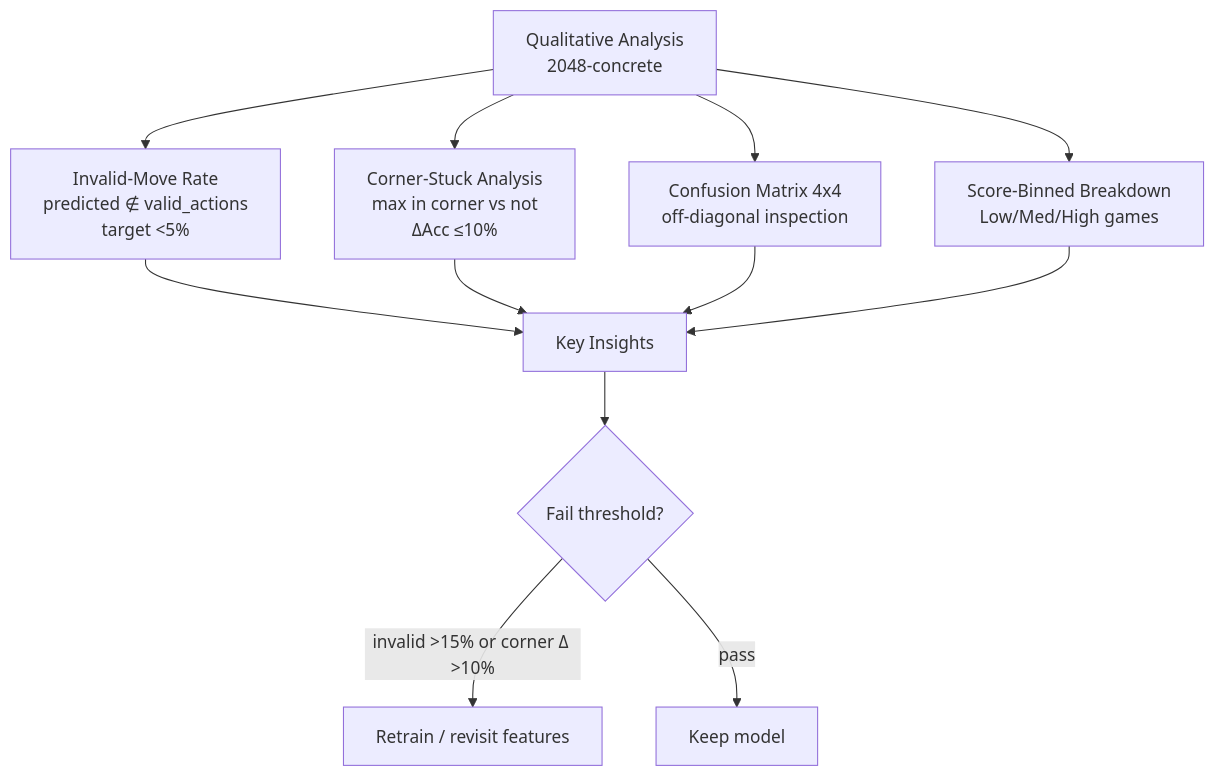
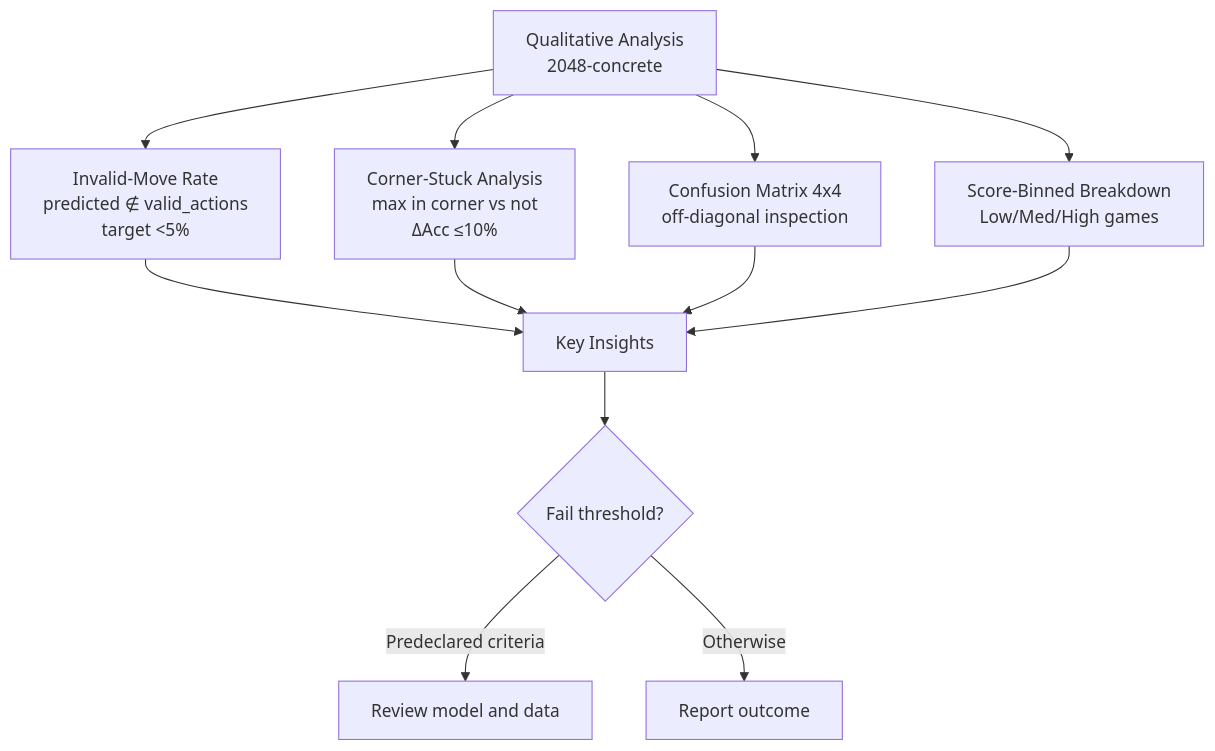
One commit to Evintkoo/2048-ml changed the fourth of 8 diagrams in plans/05-Model/04-Evaluation/01-model-evaluation.md. Above: the diagram before and after it, drawn with Mermaid. The commit also changed other lines of this file and 144 other files, not shown here.

````diff
--- a/plans/05-Model/04-Evaluation/01-model-evaluation.md
+++ b/plans/05-Model/04-Evaluation/01-model-evaluation.md
@@ -91,16 +91,16 @@
 ```mermaid
 flowchart TD
     Qual[Qualitative Analysis<br/>2048-concrete]
     Qual --> Invalid[Invalid-Move Rate<br/>predicted ∉ valid_actions<br/>target &lt;5%]
     Qual --> Corner[Corner-Stuck Analysis<br/>max in corner vs not<br/>ΔAcc ≤10%]
     Qual --> ConfMat[Confusion Matrix 4x4<br/>off-diagonal inspection]
     Qual --> Binned[Score-Binned Breakdown<br/>Low/Med/High games]
     
     Invalid --> Insights[Key Insights]
     Corner --> Insights
     ConfMat --> Insights
     Binned --> Insights
     Insights --> Action{Fail threshold?}
-    Action -->|invalid &gt;15% or corner Δ &gt;10%| Retrain[Retrain / revisit features]
-    Action -->|pass| Keep[Keep model]
+    Action -->|Predeclared criteria| Retrain[Review model and data]
+    Action -->|Otherwise| Keep[Report outcome]
 ```
````
